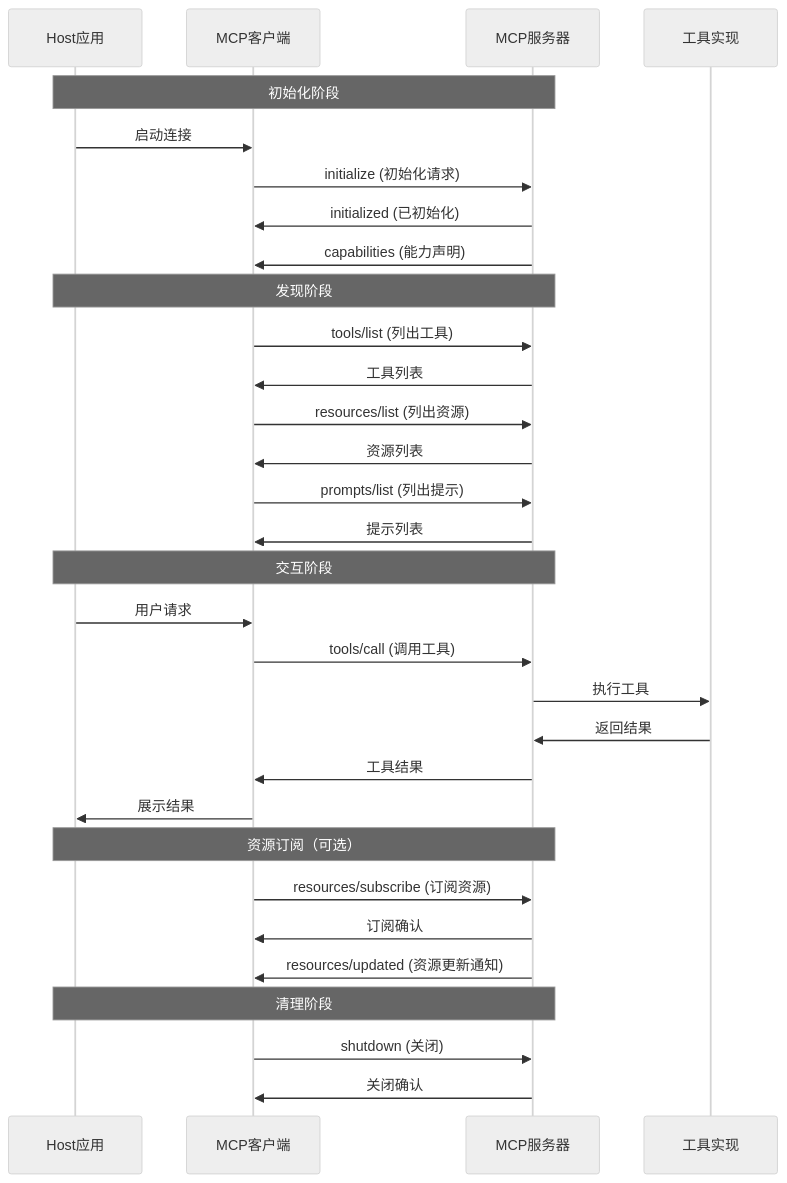
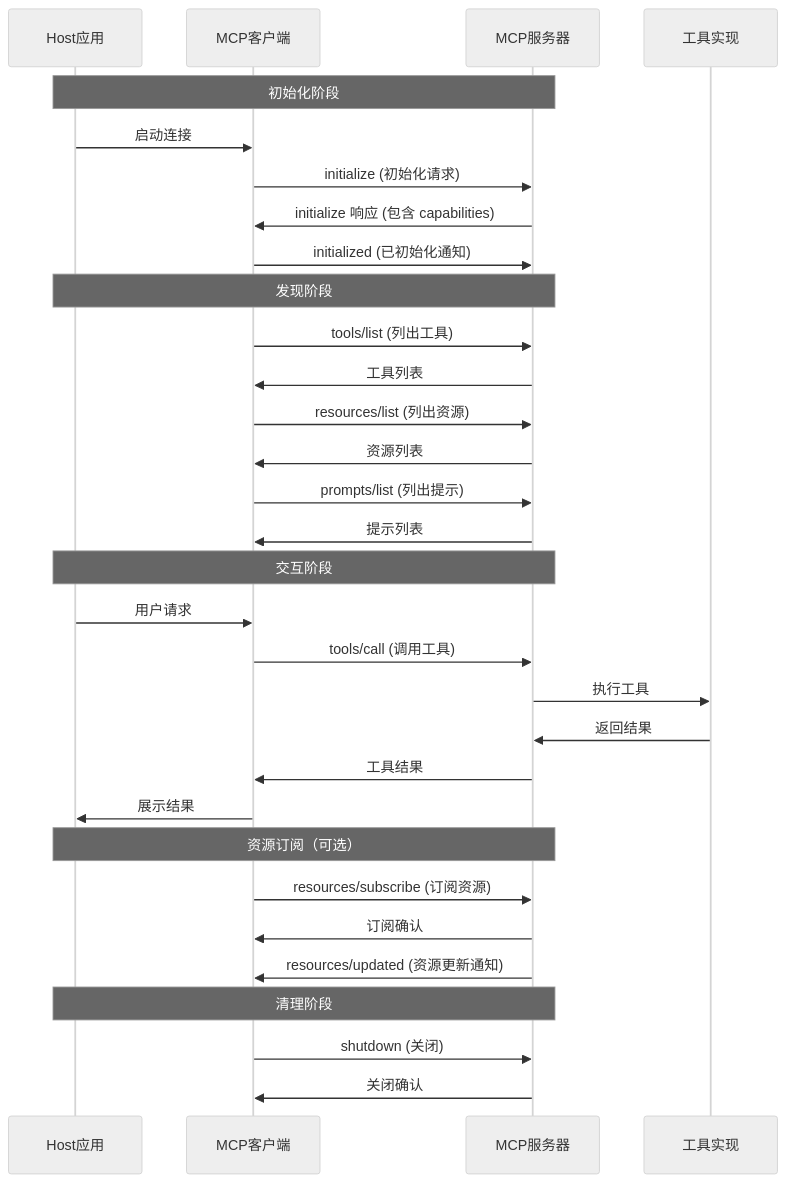
The first of 10 diagrams in progress/external-mcp-interaction-flows.md (MiyakoMeow/neco), drawn with Mermaid (neutral theme) before and after one commit. The commit also changed other lines of this file and 8 other files, not shown here.

````diff
--- a/progress/external-mcp-interaction-flows.md
+++ b/progress/external-mcp-interaction-flows.md
@@ -5,38 +5,38 @@
 ```mermaid
 sequenceDiagram
     participant Host as Host应用
     participant Client as MCP客户端
     participant Server as MCP服务器
     participant Tool as 工具实现
 
     Note over Host,Server: 初始化阶段
     Host->>Client: 启动连接
     Client->>Server: initialize (初始化请求)
-    Server->>Client: initialized (已初始化)
-    Server->>Client:capabilities (能力声明)
+    Server->>Client: initialize 响应 (包含 capabilities)
+    Client->>Server: initialized (已初始化通知)
 
     Note over Host,Server: 发现阶段
     Client->>Server: tools/list (列出工具)
     Server->>Client: 工具列表
     Client->>Server: resources/list (列出资源)
     Server->>Client: 资源列表
     Client->>Server: prompts/list (列出提示)
     Server->>Client: 提示列表
 
     Note over Host,Server: 交互阶段
     Host->>Client: 用户请求
     Client->>Server: tools/call (调用工具)
     Server->>Tool: 执行工具
     Tool->>Server: 返回结果
     Server->>Client: 工具结果
     Client->>Host: 展示结果
 
     Note over Host,Server: 资源订阅（可选）
     Client->>Server: resources/subscribe (订阅资源)
     Server->>Client: 订阅确认
     Server->>Client: resources/updated (资源更新通知)
 
     Note over Host,Server: 清理阶段
     Client->>Server: shutdown (关闭)
     Server->>Client: 关闭确认
 ```
````
